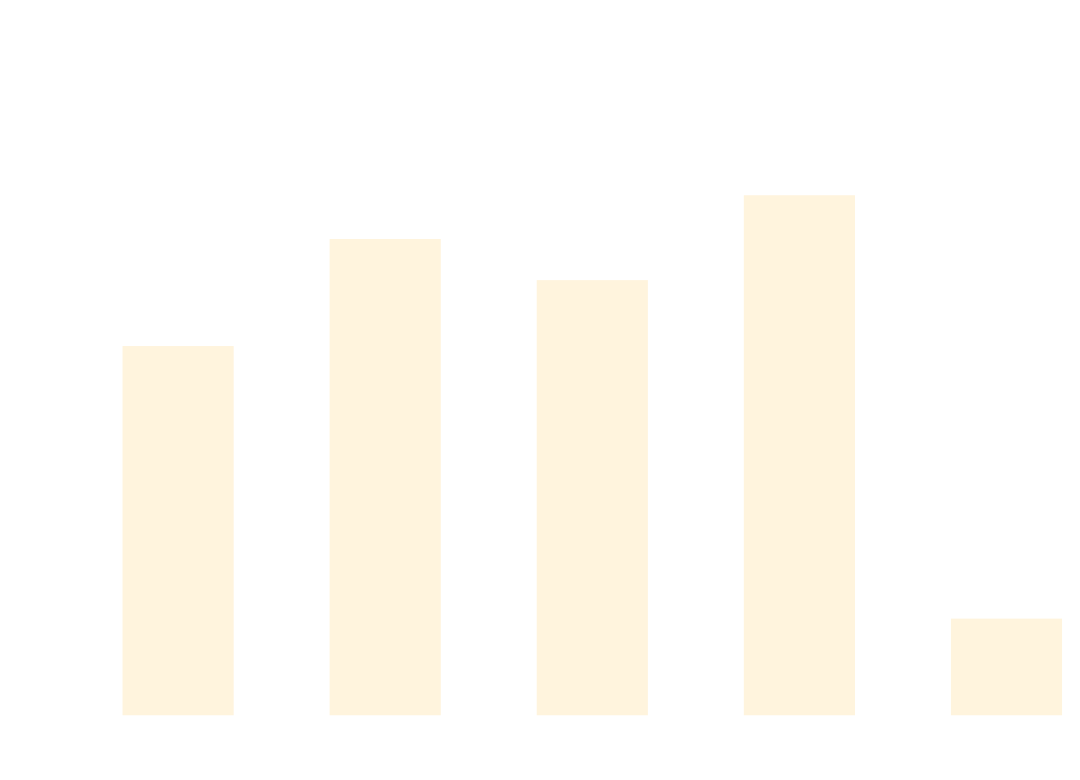
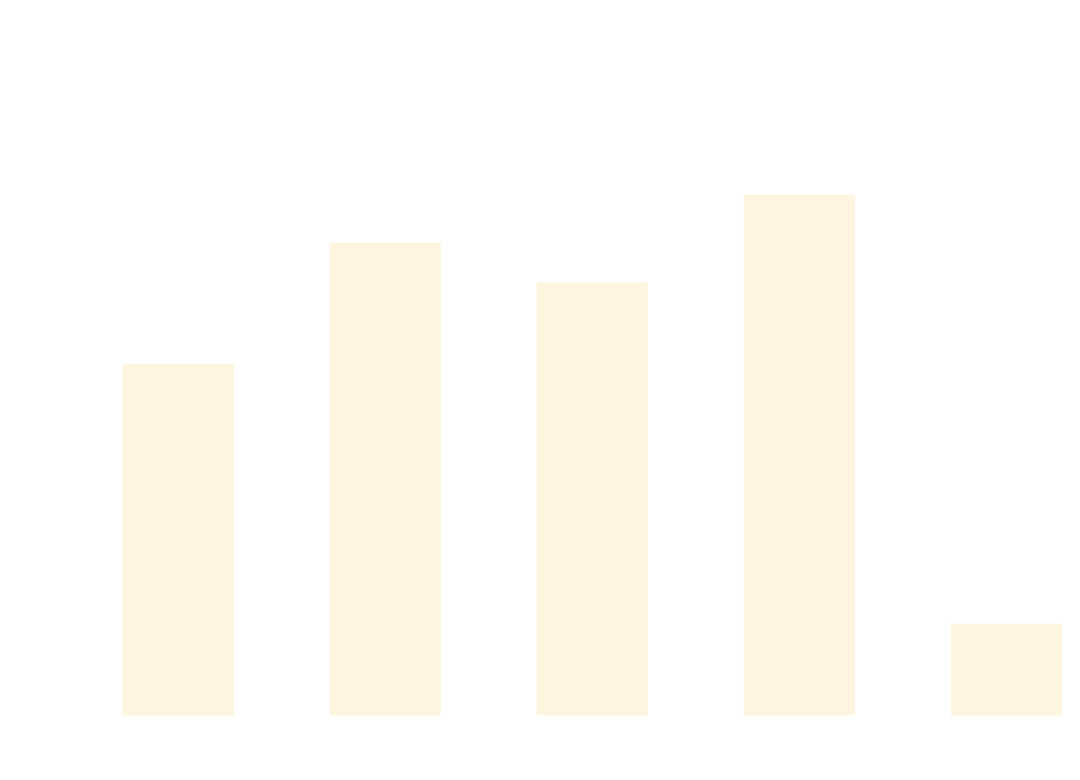
The diagram in docs/docs/benchmarks/AsyncTests.md (thomhurst/TUnit), drawn with Mermaid before and after one commit. The commit also changed other lines of this file and 17 other files, not shown here.

````diff
--- a/docs/docs/benchmarks/AsyncTests.md
+++ b/docs/docs/benchmarks/AsyncTests.md
@@ -27,37 +27,37 @@
 ```mermaid
 %%{init: {
   'theme':'base',
   'themeVariables': {
     'primaryColor': '#2563eb',
     'primaryTextColor': '#ffffff',
     'primaryBorderColor': '#1e40af',
     'lineColor': '#6b7280',
     'secondaryColor': '#7c3aed',
     'tertiaryColor': '#dc2626',
     'background': '#ffffff',
     'mainBkg': '#2563eb',
     'secondBkg': '#7c3aed',
     'tertiaryBkg': '#dc2626',
     'clusterBkg': '#f3f4f6',
     'edgeLabelBackground': '#ffffff',
     'tertiaryTextColor': '#1f2937',
     'pie1': '#2563eb',
     'pie2': '#7c3aed',
     'pie3': '#dc2626',
     'pie4': '#f59e0b',
     'pie5': '#10b981',
     'pie6': '#06b6d4',
     'pie7': '#ec4899',
     'pie8': '#6366f1',
     'pie9': '#84cc16',
     'pie10': '#f97316',
     'pie11': '#14b8a6',
     'pie12': '#a855f7'
   }
 }}%%
 xychart-beta
   title "AsyncTests Performance Comparison"
   x-axis ["TUnit", "NUnit", "MSTest", "xUnit3", "TUnit_AOT"]
-  y-axis "Time (ms)" 0 --> 876
-  bar [512.9, 666.5, 607.5, 729.3, 121.8]
+  y-axis "Time (ms)" 0 --> 935
+  bar [519.2, 705.3, 644.6, 778.8, 122.4]
 ```
````
